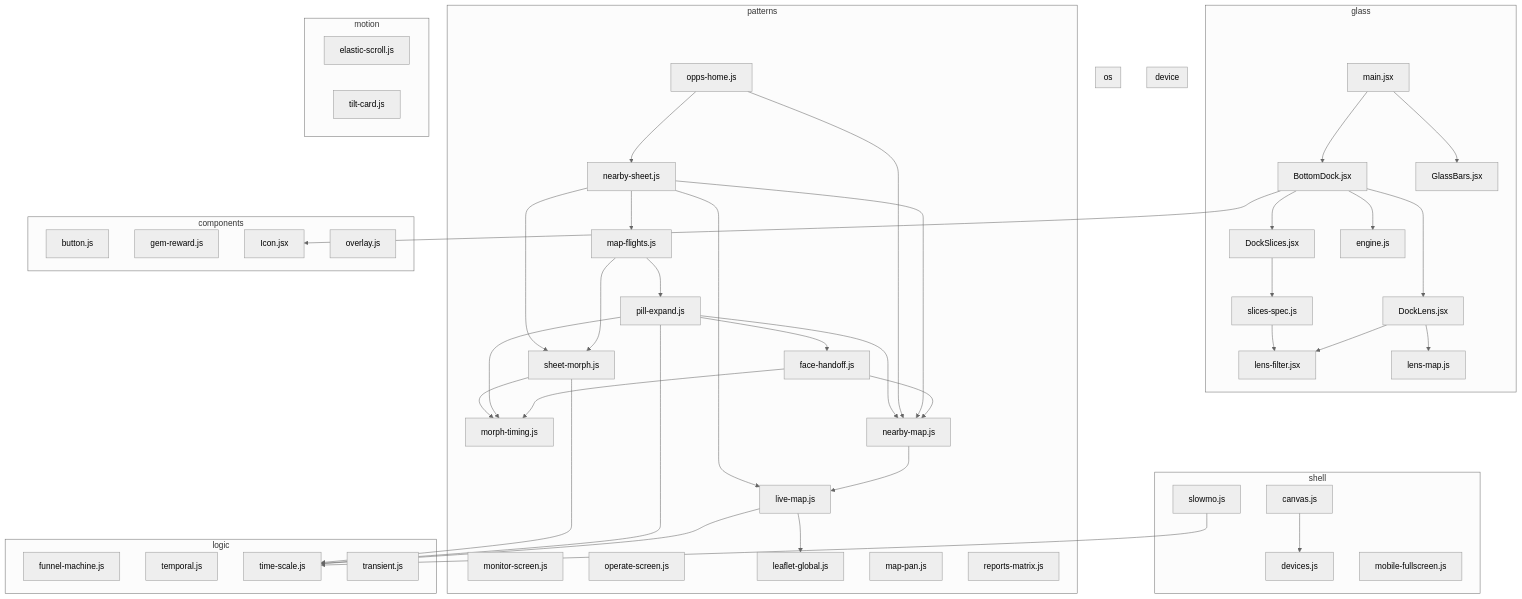
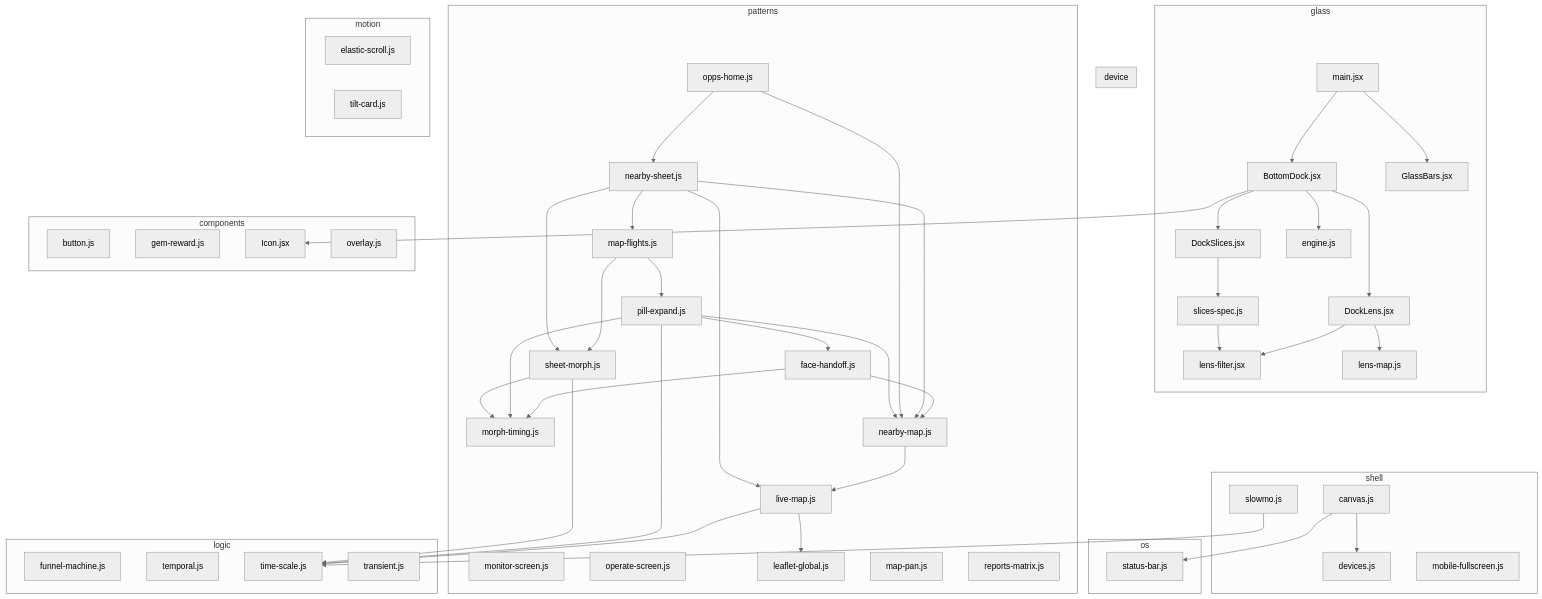
Before and after one commit to IrfanAdam/crm_proj: the diagram in docs/graph.mmd, drawn with Mermaid (neutral theme). The commit also changed 7 other files, not shown here.

Commit message:
Phase 2: OS layer extraction (status bar, notch, indicator, edges)

```diff
--- a/docs/graph.mmd
+++ b/docs/graph.mmd
@@ -1,85 +1,87 @@
 graph TD
   subgraph shell
     workspace_canvas[canvas.js]
     workspace_devices[devices.js]
     workspace_mobile-fullscreen[mobile-fullscreen.js]
     workspace_slowmo[slowmo.js]
   end
   subgraph device
   end
   subgraph os
+    os_status-bar[status-bar.js]
   end
   subgraph glass
     glass_BottomDock[BottomDock.jsx]
     glass_DockLens[DockLens.jsx]
     glass_DockSlices[DockSlices.jsx]
     glass_GlassBars[GlassBars.jsx]
     glass_engine[engine.js]
     glass_lens-filter[lens-filter.jsx]
     glass_lens-map[lens-map.js]
     glass_main[main.jsx]
     glass_slices-spec[slices-spec.js]
   end
   subgraph patterns
     patterns_MonitorScreen_monitor-screen[monitor-screen.js]
     patterns_OperateScreen_operate-screen[operate-screen.js]
     patterns_OppsHome_face-handoff[face-handoff.js]
     patterns_OppsHome_leaflet-global[leaflet-global.js]
     patterns_OppsHome_live-map[live-map.js]
     patterns_OppsHome_map-flights[map-flights.js]
     patterns_OppsHome_map-pan[map-pan.js]
     patterns_OppsHome_morph-timing[morph-timing.js]
     patterns_OppsHome_nearby-map[nearby-map.js]
     patterns_OppsHome_nearby-sheet[nearby-sheet.js]
     patterns_OppsHome_opps-home[opps-home.js]
     patterns_OppsHome_pill-expand[pill-expand.js]
     patterns_OppsHome_sheet-morph[sheet-morph.js]
     patterns_ReportsMatrix_reports-matrix[reports-matrix.js]
   end
   subgraph logic
     logic_funnel-machine[funnel-machine.js]
     logic_temporal[temporal.js]
     logic_time-scale[time-scale.js]
     logic_transient[transient.js]
   end
   subgraph components
     components_Button_button[button.js]
     components_GemReward_gem-reward[gem-reward.js]
     components_Icon_Icon[Icon.jsx]
     components_Overlay_overlay[overlay.js]
   end
   subgraph motion
     motion_elastic-scroll[elastic-scroll.js]
     motion_tilt-card[tilt-card.js]
   end
   glass_BottomDock --> glass_DockLens
   glass_BottomDock --> glass_DockSlices
   glass_BottomDock --> glass_engine
   glass_BottomDock --> components_Icon_Icon
   glass_DockLens --> glass_lens-map
   glass_DockLens --> glass_lens-filter
   glass_DockSlices --> glass_slices-spec
   glass_main --> glass_GlassBars
   glass_main --> glass_BottomDock
   glass_slices-spec --> glass_lens-filter
   patterns_OppsHome_face-handoff --> patterns_OppsHome_nearby-map
   patterns_OppsHome_face-handoff --> patterns_OppsHome_morph-timing
   patterns_OppsHome_live-map --> patterns_OppsHome_leaflet-global
   patterns_OppsHome_live-map --> logic_time-scale
   patterns_OppsHome_map-flights --> patterns_OppsHome_sheet-morph
   patterns_OppsHome_map-flights --> patterns_OppsHome_pill-expand
   patterns_OppsHome_nearby-map --> patterns_OppsHome_live-map
   patterns_OppsHome_nearby-sheet --> patterns_OppsHome_live-map
   patterns_OppsHome_nearby-sheet --> patterns_OppsHome_sheet-morph
   patterns_OppsHome_nearby-sheet --> patterns_OppsHome_map-flights
   patterns_OppsHome_nearby-sheet --> patterns_OppsHome_nearby-map
   patterns_OppsHome_opps-home --> patterns_OppsHome_nearby-map
   patterns_OppsHome_opps-home --> patterns_OppsHome_nearby-sheet
   patterns_OppsHome_pill-expand --> patterns_OppsHome_nearby-map
   patterns_OppsHome_pill-expand --> patterns_OppsHome_morph-timing
   patterns_OppsHome_pill-expand --> patterns_OppsHome_face-handoff
   patterns_OppsHome_pill-expand --> logic_time-scale
   patterns_OppsHome_sheet-morph --> patterns_OppsHome_morph-timing
   patterns_OppsHome_sheet-morph --> logic_time-scale
   workspace_canvas --> workspace_devices
+  workspace_canvas --> os_status-bar
   workspace_slowmo --> logic_time-scale
```
